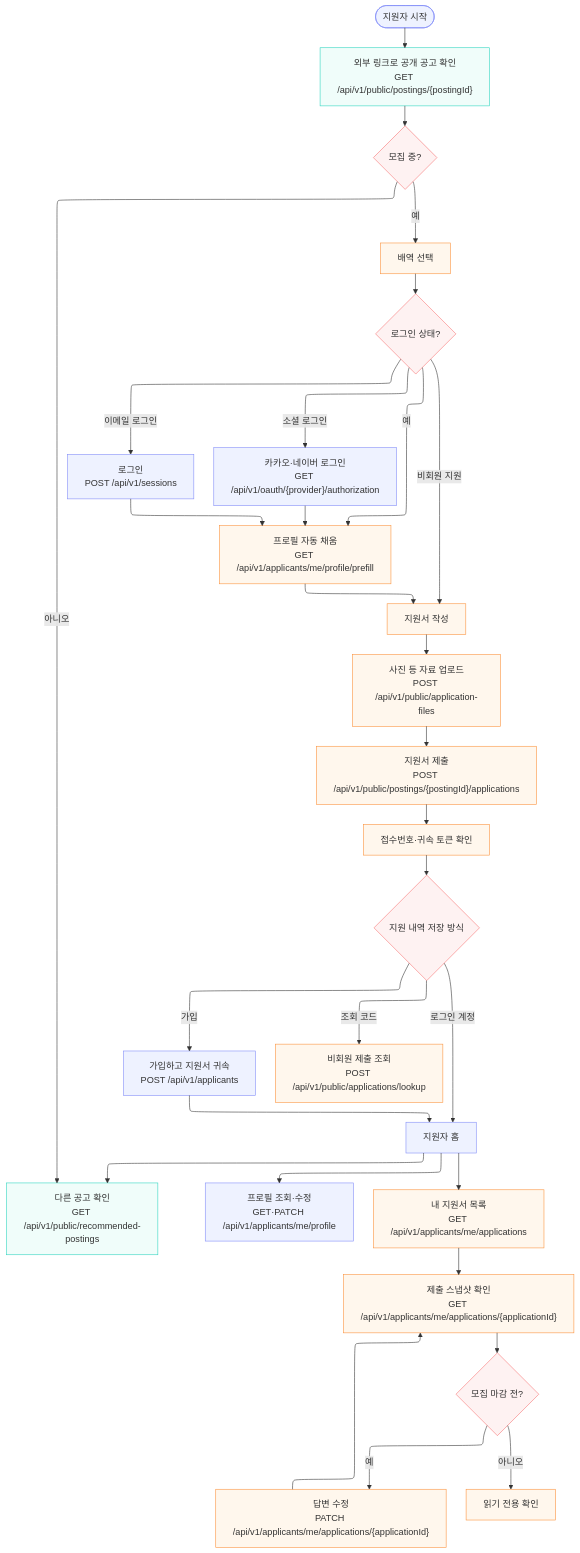
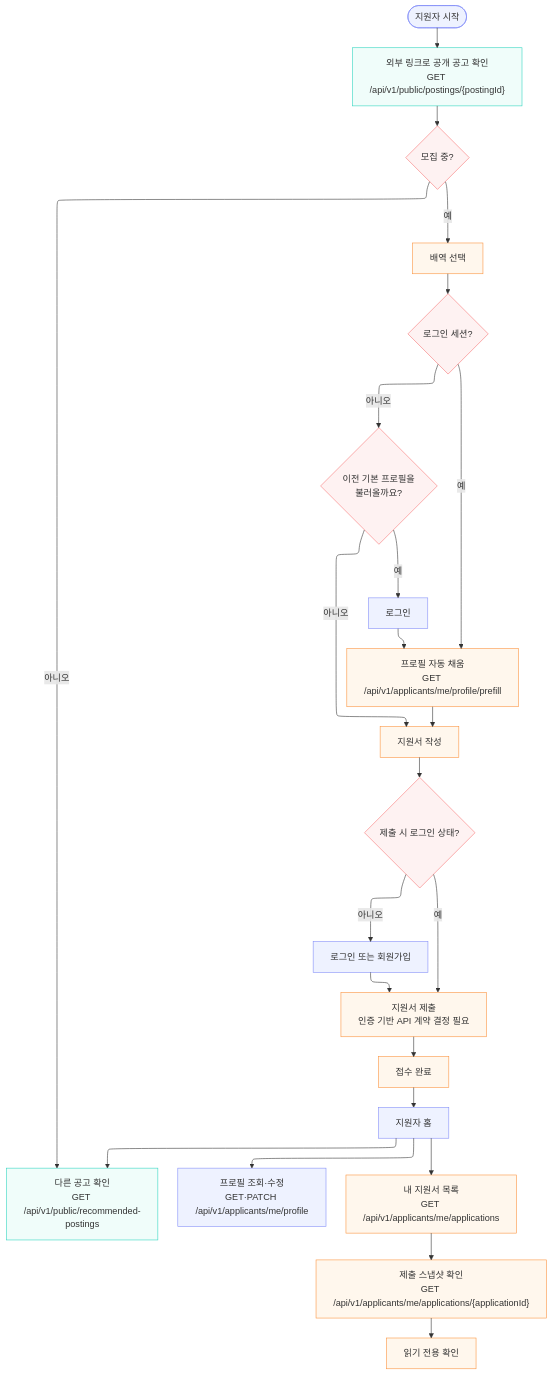
Before and after one commit to woowacourse-teams/2026-yesulin: the diagram in docs/flowchart/actor.mmd, drawn with Mermaid. The commit also changed 9 other files, not shown here.

```diff
--- a/docs/flowchart/actor.mmd
+++ b/docs/flowchart/actor.mmd
@@ -1,59 +1,49 @@
 ---
 config:
   layout: elk
 ---
 flowchart TB
     START(["지원자 시작"]) --> PUBLIC["외부 링크로 공개 공고 확인<br>GET /api/v1/public/postings/{postingId}"]
     PUBLIC --> OPEN{"모집 중?"}
     OPEN -- 아니오 --> RECOMMEND["다른 공고 확인<br>GET /api/v1/public/recommended-postings"]
     OPEN -- 예 --> ROLE["배역 선택"]
-    ROLE --> MEMBER{"로그인 상태?"}
+    ROLE --> MEMBER{"로그인 세션?"}
     MEMBER -- 예 --> PREFILL["프로필 자동 채움<br>GET /api/v1/applicants/me/profile/prefill"]
-    MEMBER -- 이메일 로그인 --> LOGIN["로그인<br>POST /api/v1/sessions"]
+    MEMBER -- 아니오 --> LOAD{"이전 기본 프로필을<br>불러올까요?"}
+    LOAD -- 예 --> LOGIN["로그인"]
     LOGIN --> PREFILL
-    MEMBER -- 소셜 로그인 --> SOCIAL["카카오·네이버 로그인<br>GET /api/v1/oauth/{provider}/authorization"]
-    SOCIAL --> PREFILL
-    MEMBER -- 비회원 지원 --> FORM["지원서 작성"]
+    LOAD -- 아니오 --> FORM["지원서 작성"]
     PREFILL --> FORM
-    FORM --> FILES["사진 등 자료 업로드<br>POST /api/v1/public/application-files"]
-    FILES --> SUBMIT["지원서 제출<br>POST /api/v1/public/postings/{postingId}/applications"]
-    SUBMIT --> RECEIPT["접수번호·귀속 토큰 확인"]
-    RECEIPT --> AFTER{"지원 내역 저장 방식"}
-    AFTER -- 로그인 계정 --> HOME["지원자 홈"]
-    AFTER -- 가입 --> SIGNUP["가입하고 지원서 귀속<br>POST /api/v1/applicants"]
-    AFTER -- 조회 코드 --> LOOKUP["비회원 제출 조회<br>POST /api/v1/public/applications/lookup"]
-    SIGNUP --> HOME
+    FORM --> AUTH{"제출 시 로그인 상태?"}
+    AUTH -- 아니오 --> SIGNUP["로그인 또는 회원가입"]
+    AUTH -- 예 --> SUBMIT["지원서 제출<br>인증 기반 API 계약 결정 필요"]
+    SIGNUP --> SUBMIT
+    SUBMIT --> RECEIPT["접수 완료"]
+    RECEIPT --> HOME["지원자 홈"]
     HOME --> PROFILE["프로필 조회·수정<br>GET·PATCH /api/v1/applicants/me/profile"] & APPLICATIONS["내 지원서 목록<br>GET /api/v1/applicants/me/applications"] & RECOMMEND
     APPLICATIONS --> DETAIL["제출 스냅샷 확인<br>GET /api/v1/applicants/me/applications/{applicationId}"]
-    DETAIL --> EDIT{"모집 마감 전?"}
-    EDIT -- 예 --> UPDATE["답변 수정<br>PATCH /api/v1/applicants/me/applications/{applicationId}"]
-    EDIT -- 아니오 --> READONLY["읽기 전용 확인"]
-    UPDATE --> DETAIL
+    DETAIL --> READONLY["읽기 전용 확인"]
 
     classDef publicNode stroke:#2dd4bf,fill:#f0fdfa
     classDef accountNode stroke:#818cf8,fill:#eef2ff
     classDef applicationNode stroke:#fb923c,fill:#fff7ed
     classDef decisionNode stroke:#f87171,fill:#fef2f2
     START:::accountNode
     PUBLIC:::publicNode
     OPEN:::decisionNode
     RECOMMEND:::publicNode
     ROLE:::applicationNode
     MEMBER:::decisionNode
     PREFILL:::applicationNode
     FORM:::applicationNode
-    FILES:::applicationNode
+    LOAD:::decisionNode
+    AUTH:::decisionNode
     SUBMIT:::applicationNode
     RECEIPT:::applicationNode
-    AFTER:::decisionNode
-    LOOKUP:::applicationNode
     SIGNUP:::accountNode
     LOGIN:::accountNode
-    SOCIAL:::accountNode
     HOME:::accountNode
     PROFILE:::accountNode
     APPLICATIONS:::applicationNode
     DETAIL:::applicationNode
-    EDIT:::decisionNode
-    UPDATE:::applicationNode
     READONLY:::applicationNode
```
